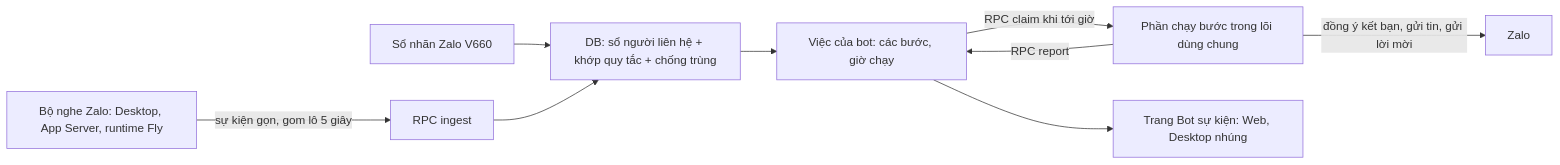
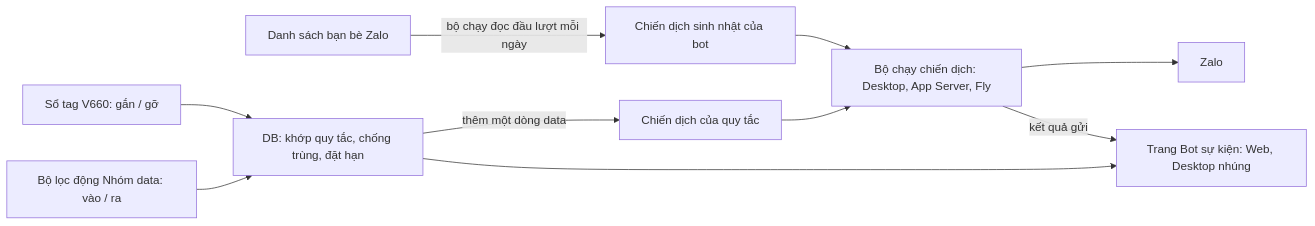
One commit to aligoinc/akaAgent changed the diagram in docs/EVENT_BOT_PLAN.md. Above: the diagram before and after it, drawn with Mermaid. The commit also changed other lines of this file and 1 other file, not shown here.

First line of the commit message:
docs: Bot sự kiện bản 2, tập trung ba sự kiện

````diff
--- a/docs/EVENT_BOT_PLAN.md
+++ b/docs/EVENT_BOT_PLAN.md
@@ -91,11 +93,12 @@
 ```mermaid
 flowchart LR
-  L[Bộ nghe Zalo: Desktop, App Server, runtime Fly] -->|sự kiện gọn, gom lô 5 giây| I[RPC ingest]
-  T[Sổ nhãn Zalo V660] --> M
-  I --> M[DB: sổ người liên hệ + khớp quy tắc + chống trùng]
-  M --> J[Việc của bot: các bước, giờ chạy]
-  J -->|RPC claim khi tới giờ| X[Phần chạy bước trong lõi dùng chung]
-  X -->|đồng ý kết bạn, gửi tin, gửi lời mời| Z[Zalo]
-  X -->|RPC report| J
-  J --> W[Trang Bot sự kiện: Web, Desktop nhúng]
+  F[Danh sách bạn bè Zalo] -->|bộ chạy đọc đầu lượt mỗi ngày| C1[Chiến dịch sinh nhật của bot]
+  T[Sổ tag V660: gắn / gỡ] --> M[DB: khớp quy tắc, chống trùng, đặt hạn]
+  G[Bộ lọc động Nhóm data: vào / ra] --> M
+  M -->|thêm một dòng data| C2[Chiến dịch của quy tắc]
+  C1 --> E[Bộ chạy chiến dịch: Desktop, App Server, Fly]
+  C2 --> E
+  E --> Z[Zalo]
+  M --> W[Trang Bot sự kiện: Web, Desktop nhúng]
+  E -->|kết quả gửi| W
 ```
````
